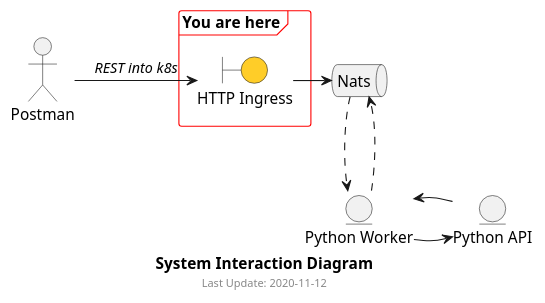
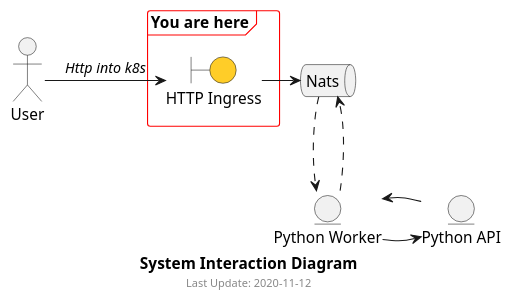
Before and after one commit to teedee22/microservice-http-ingress-proxy: the diagram in docs/interactions_highlighted.puml, drawn with PlantUML. The commit also changed 4 other files, not shown here.

```diff
--- a/docs/interactions_highlighted.puml
+++ b/docs/interactions_highlighted.puml
@@ -1,35 +1,26 @@
-@startuml
-' ' skinparam rectangle {
-' '     roundCorner 25
-
-' ' }
-' <style>
-' footer {
-'   HorizontalAlignment right
-' }
-' </style>
+@startuml interaction-diagram
 
 skinparam frame {
     borderColor Red
 }
 
 caption <b>System Interaction Diagram</b> 
 footer  Last Update: 2020-11-12
 
-actor postman as "Postman"
+actor user as "User"
 frame "You are here" {
 boundary http_ingress as "HTTP Ingress" #FFCD28
 }
 queue nats as "Nats"
 entity python_worker as "Python Worker"
 entity python_api as "Python API"
 
-postman -> http_ingress : <i>REST into k8s</i>
+user -> http_ingress : <i>Http into k8s</i>
 http_ingress -> nats 
 python_worker ..> nats 
 nats ..> python_worker
 
 python_worker -> python_api
 python_api -> python_worker
 
 @enduml
```
